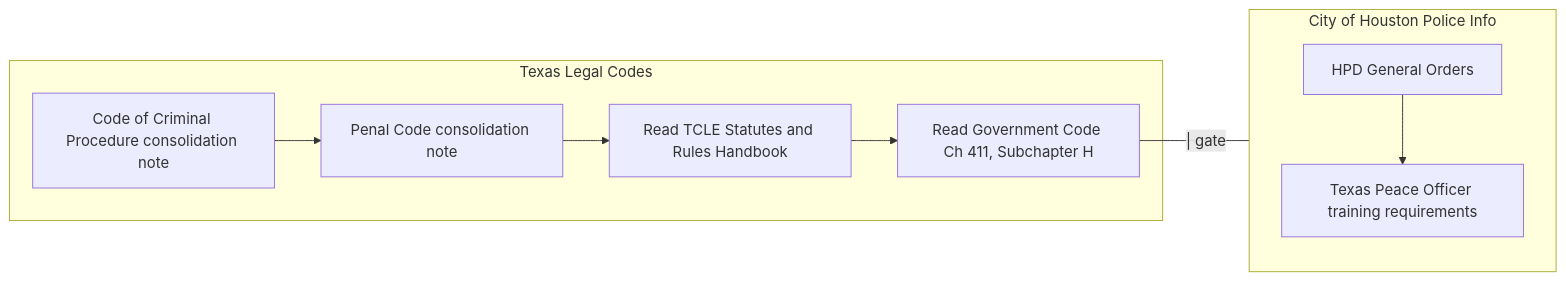
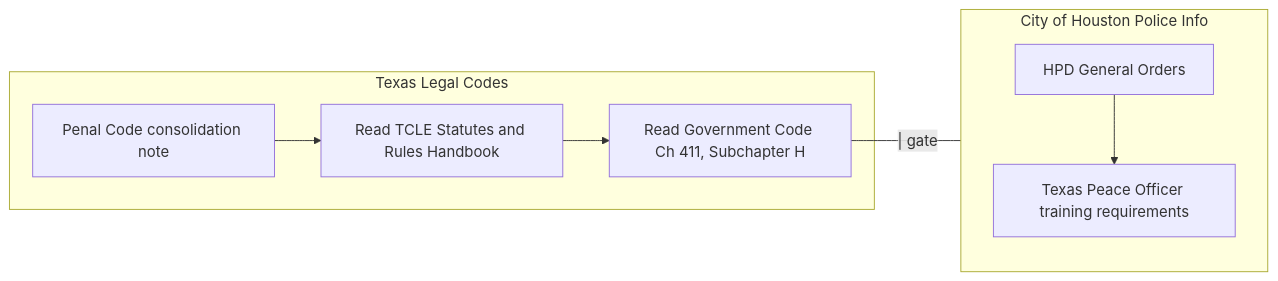
One commit to nlarralde535/Central-Notes-Repo changed the second of 2 diagrams in 2-Dataviews/PLATES.md. Above: the diagram before and after it, drawn with Mermaid. The commit also changed 2 other files, not shown here.

Commit message:
update notes

````diff
--- a/2-Dataviews/PLATES.md
+++ b/2-Dataviews/PLATES.md
@@ -27,19 +27,18 @@
 ```mermaid
 flowchart LR
 
 subgraph Texas Legal Codes
-R1[Code of Criminal Procedure consolidation note]
 R2[Penal Code consolidation note]
 R3[Read TCLE Statutes and Rules Handbook]
 R4[Read Government Code Ch 411, Subchapter H]
 end
 
-R1 --> R2 --> R3 --> R4 ---|"| gate"|P2
+R2 --> R3 --> R4 ---|"| gate"|P2
 
 subgraph P2 [City of Houston Police Info]
 R5[HPD General Orders]
 R6[Texas Peace Officer training requirements]
 end
 
 R5 --> R6
 ```
````
